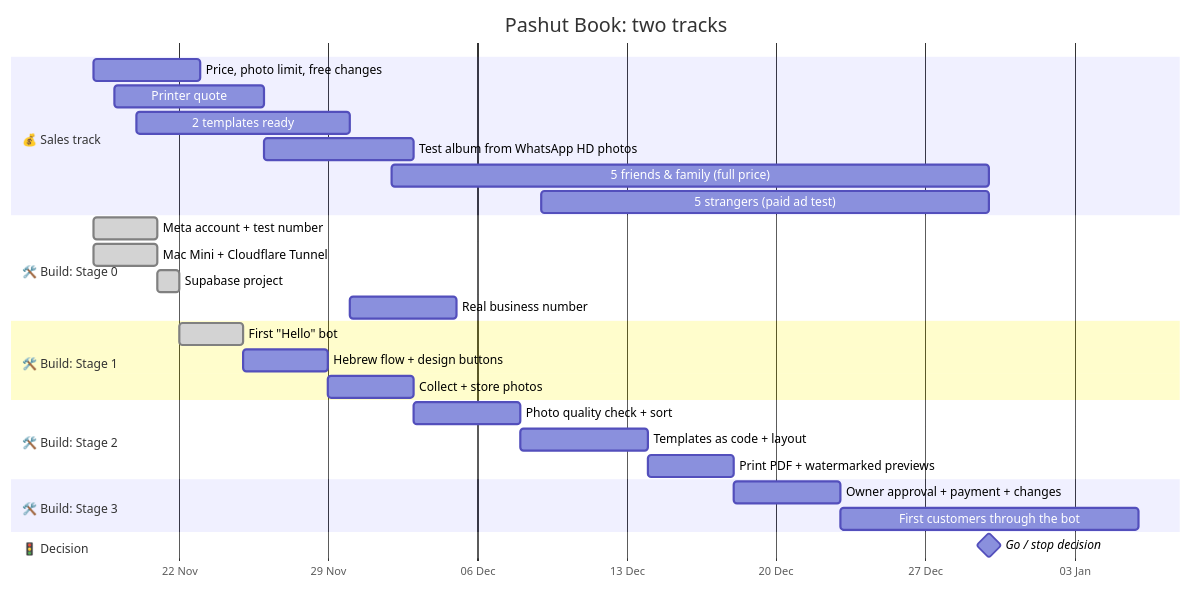
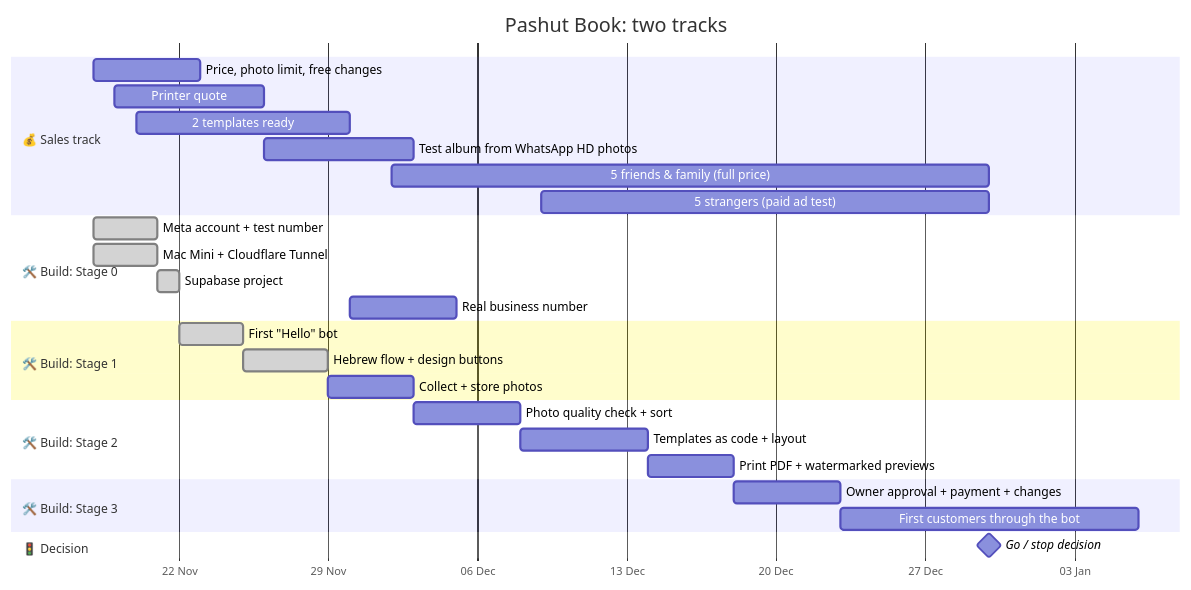
Before and after one commit to daaniel20/Pashut_Book: the diagram in ROADMAP.md, drawn with Mermaid. The commit also changed other lines of this file and 2 other files, not shown here.

Commit message:
Mark task 1.2 done (tested on the owner's phone)
Claude-Session: https://claude.ai/code/session_01HFb9C7HysZER4Xqnpr9v9E

````diff
--- a/ROADMAP.md
+++ b/ROADMAP.md
@@ -23,37 +23,37 @@
 ```mermaid
 gantt
     title Pashut Book: two tracks
     dateFormat YYYY-MM-DD
     axisFormat %d %b
 
     section 💰 Sales track
     Price, photo limit, free changes  :s1, 2026-11-18, 5d
     Printer quote                     :s2, 2026-11-19, 7d
     2 templates ready                 :s3, 2026-11-20, 10d
     Test album from WhatsApp HD photos :s4, after s2, 7d
     5 friends & family (full price)   :s5, 2026-12-02, 28d
     5 strangers (paid ad test)        :s6, 2026-12-09, 21d
 
     section 🛠️ Build: Stage 0
     Meta account + test number        :done, b0a, 2026-11-18, 3d
     Mac Mini + Cloudflare Tunnel      :done, b0b, 2026-11-18, 3d
     Supabase project                  :done, b0c, after b0b, 1d
     Real business number              :b0d, 2026-11-30, 5d
 
     section 🛠️ Build: Stage 1
     First "Hello" bot                 :done, b1a, after b0c, 3d
-    Hebrew flow + design buttons      :b1b, after b1a, 4d
+    Hebrew flow + design buttons      :done, b1b, after b1a, 4d
     Collect + store photos            :b1c, after b1b, 4d
 
     section 🛠️ Build: Stage 2
     Photo quality check + sort        :b2a, after b1c, 5d
     Templates as code + layout        :b2b, after b2a, 6d
     Print PDF + watermarked previews  :b2c, after b2b, 4d
 
     section 🛠️ Build: Stage 3
     Owner approval + payment + changes :b3a, after b2c, 5d
     First customers through the bot   :b3b, after b3a, 14d
 
     section 🚦 Decision
     Go / stop decision                :milestone, g1, 2026-12-30, 0d
 ```
````
